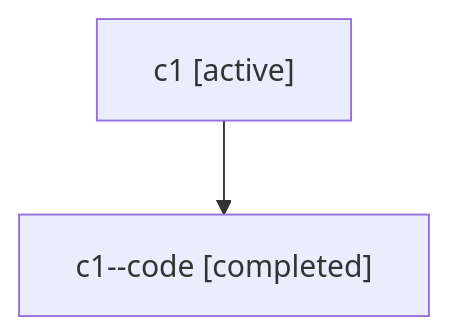
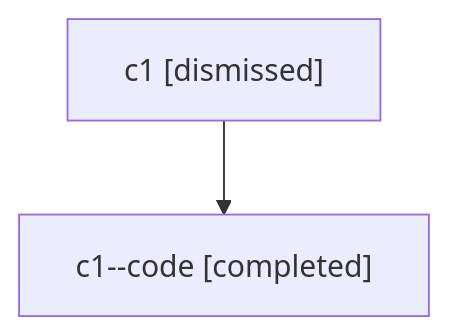
The diagram in sessions/bbugyi200.athena.c1.md (sase-org/sase--agents), drawn with Mermaid before and after one commit. The commit also changed other lines of this file and 22 other files, not shown here.

````diff
--- a/sessions/bbugyi200.athena.c1.md
+++ b/sessions/bbugyi200.athena.c1.md
@@ -9,6 +9,6 @@
 ```mermaid
 flowchart TD
-  n0["c1 [active]"]
+  n0["c1 [dismissed]"]
   n1["c1--code [completed]"]
   n0 --> n1
 ```
````
